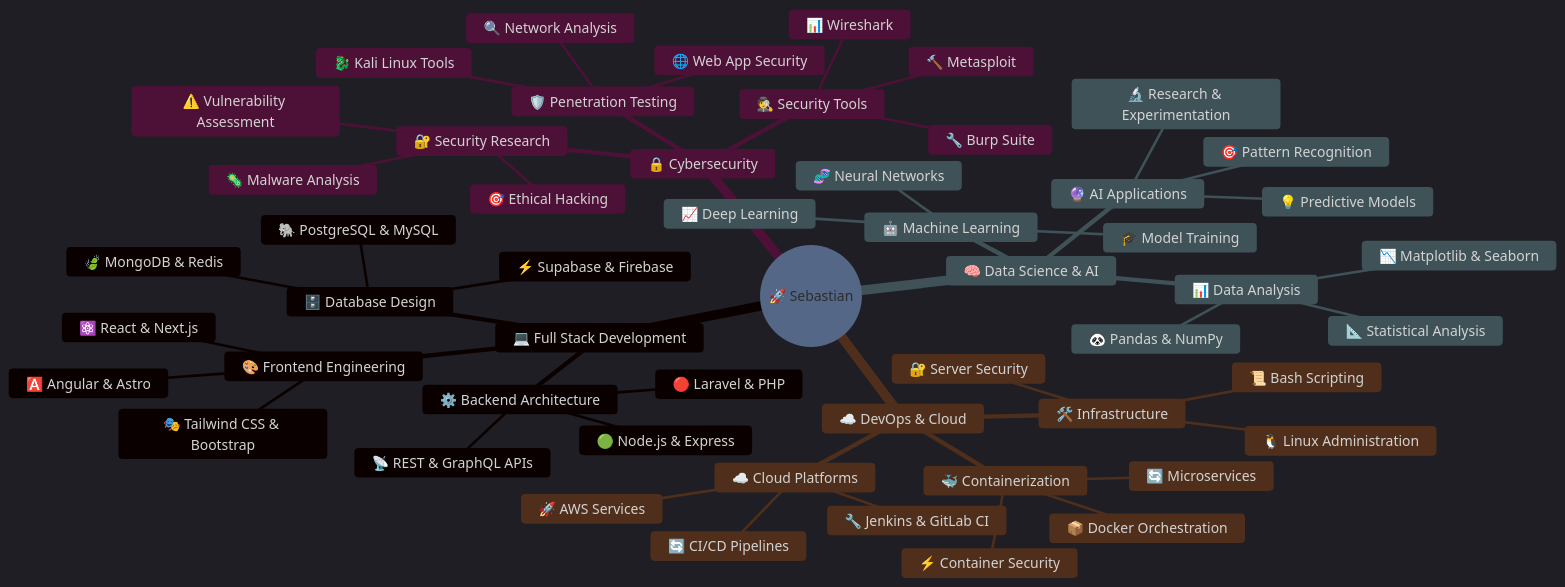
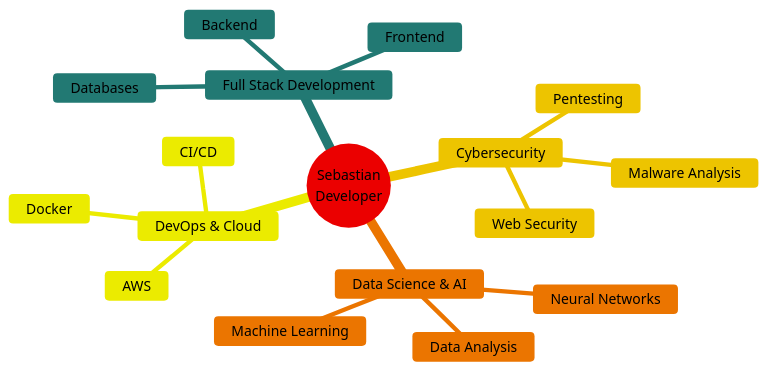
Before and after one commit to devsebastian44/Devsebastian44: the diagram in README.md, drawn with Mermaid.

Commit message:
Version 1

````diff
--- a/README.md
+++ b/README.md
@@ -75,57 +75,21 @@
 ```mermaid
-%%{init: {'theme':'dark', 'themeVariables': { 'primaryColor':'#1a1b27','primaryTextColor':'#fff','primaryBorderColor':'#7C3AED','lineColor':'#7C3AED','secondaryColor':'#2d3748','tertiaryColor':'#1a202c'}}}%%
+%%{init: {'theme':'base', 'themeVariables': { 'primaryColor':'#FF6B6B','primaryTextColor':'#000','primaryBorderColor':'#C92A2A','lineColor':'#495057','secondaryColor':'#4ECDC4','tertiaryColor':'#FFE66D','fontSize':'16px','fontFamily':'Arial'}}}%%
 mindmap
-  root((🚀 Sebastian))
-    💻 Full Stack Development
-      🎨 Frontend Engineering
-        ⚛️ React & Next.js
-        🅰️ Angular & Astro
-        🎭 Tailwind CSS & Bootstrap
-      ⚙️ Backend Architecture
-        🟢 Node.js & Express
-        🔴 Laravel & PHP
-        📡 REST & GraphQL APIs
-      🗄️ Database Design
-        🐘 PostgreSQL & MySQL
-        🍃 MongoDB & Redis
-        ⚡ Supabase & Firebase
-    🔒 Cybersecurity
-      🛡️ Penetration Testing
-        🌐 Web App Security
-        🔍 Network Analysis
-        🐉 Kali Linux Tools
-      🔐 Security Research
-        🦠 Malware Analysis
-        ⚠️ Vulnerability Assessment
-        🎯 Ethical Hacking
-      🕵️ Security Tools
-        🔧 Burp Suite
-        📊 Wireshark
-        🔨 Metasploit
-    🧠 Data Science & AI
-      🤖 Machine Learning
-        🧬 Neural Networks
-        📈 Deep Learning
-        🎓 Model Training
-      📊 Data Analysis
-        🐼 Pandas & NumPy
-        📉 Matplotlib & Seaborn
-        📐 Statistical Analysis
-      🔮 AI Applications
-        💡 Predictive Models
-        🎯 Pattern Recognition
-        🔬 Research & Experimentation
-    ☁️ DevOps & Cloud
-      🐳 Containerization
-        📦 Docker Orchestration
-        🔄 Microservices
-        ⚡ Container Security
-      ☁️ Cloud Platforms
-        🚀 AWS Services
-        🔄 CI/CD Pipelines
-        🔧 Jenkins & GitLab CI
-      🛠️ Infrastructure
-        🐧 Linux Administration
-        📜 Bash Scripting
-        🔐 Server Security
+  root((Sebastian<br/>Developer))
+    Full Stack Development
+      Frontend
+      Backend
+      Databases
+    Cybersecurity
+      Pentesting
+      Malware Analysis
+      Web Security
+    Data Science & AI
+      Machine Learning
+      Data Analysis
+      Neural Networks
+    DevOps & Cloud
+      Docker
+      AWS
+      CI/CD
 ```
````
